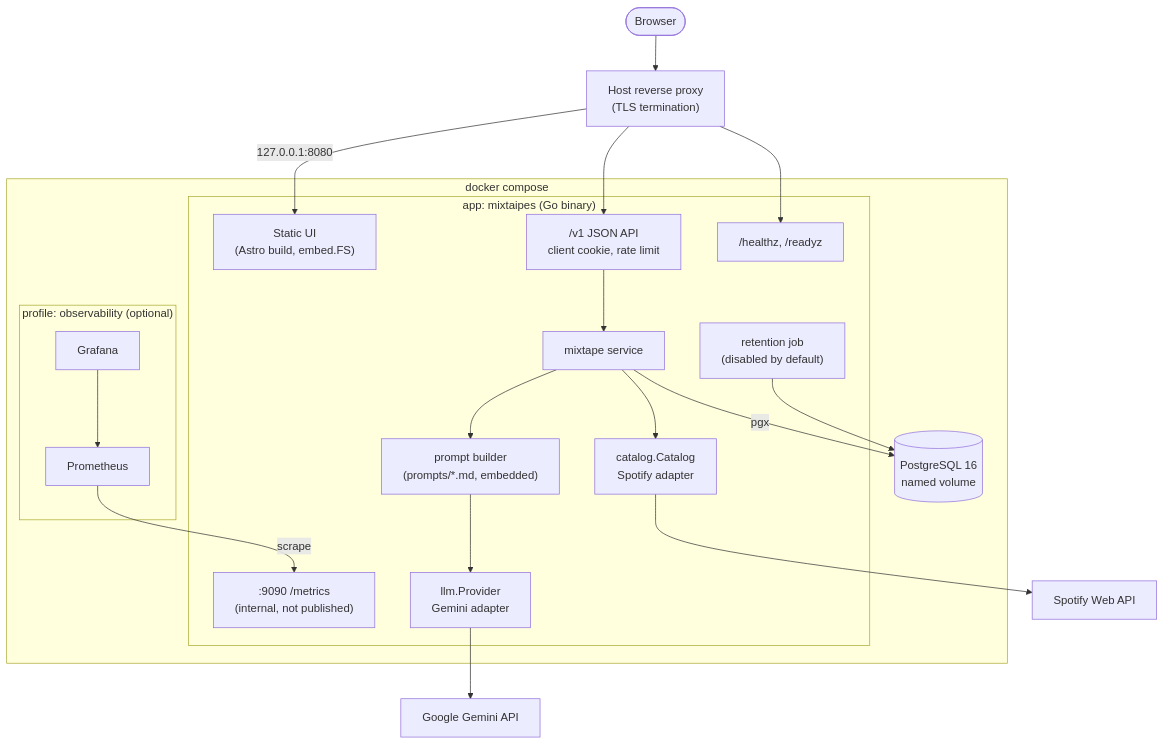
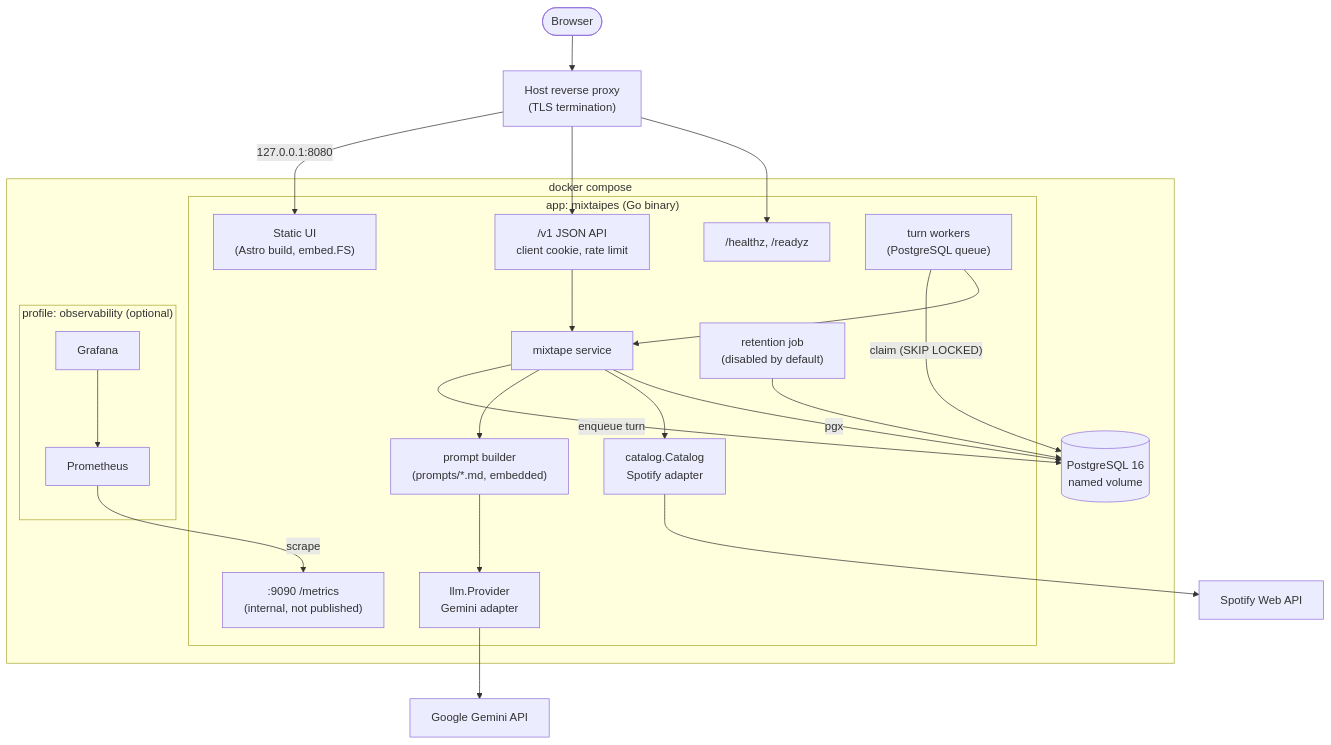
The second of 3 diagrams in docs/ARCHITECTURE.md (edarbieto/mixtaipes), drawn with Mermaid before and after one commit. The commit also changed other lines of this file and 3 other files, not shown here.

````diff
--- a/docs/ARCHITECTURE.md
+++ b/docs/ARCHITECTURE.md
@@ -46,41 +46,45 @@
 ```mermaid
 flowchart TB
     browser(["Browser"])
     proxy["Host reverse proxy<br/>(TLS termination)"]
     gemini["Google Gemini API"]
     spotify["Spotify Web API"]
 
     subgraph compose["docker compose"]
         subgraph app["app: mixtaipes (Go binary)"]
             static["Static UI<br/>(Astro build, embed.FS)"]
             api["/v1 JSON API<br/>client cookie, rate limit"]
             health["/healthz, /readyz"]
             svc["mixtape service"]
+            workers["turn workers<br/>(PostgreSQL queue)"]
             prompt["prompt builder<br/>(prompts/*.md, embedded)"]
             llm["llm.Provider<br/>Gemini adapter"]
             cat["catalog.Catalog<br/>Spotify adapter"]
             metrics[":9090 /metrics<br/>(internal, not published)"]
             job["retention job<br/>(disabled by default)"]
         end
         db[("PostgreSQL 16<br/>named volume")]
         subgraph obs["profile: observability (optional)"]
             prom["Prometheus"]
             graf["Grafana"]
         end
     end
 
     browser --> proxy
     proxy -- "127.0.0.1:8080" --> static
     proxy --> api
     proxy --> health
     api --> svc
+    svc -- "enqueue turn" --> db
+    workers -- "claim (SKIP LOCKED)" --> db
+    workers --> svc
     svc --> prompt
     prompt --> llm
     llm --> gemini
     svc --> cat
     cat --> spotify
     svc -- "pgx" --> db
     job --> db
     prom -- "scrape" --> metrics
     graf --> prom
 ```
````
